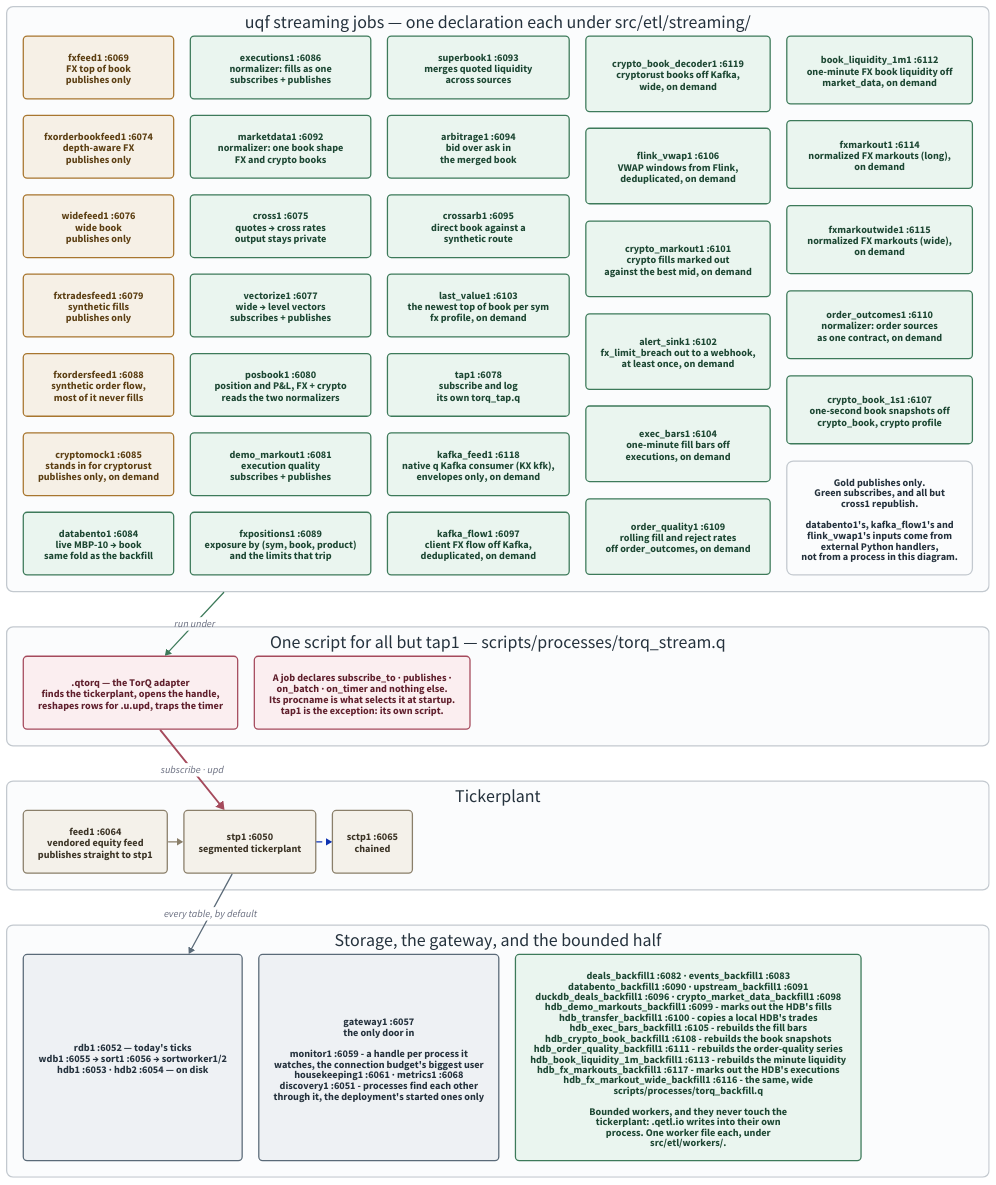
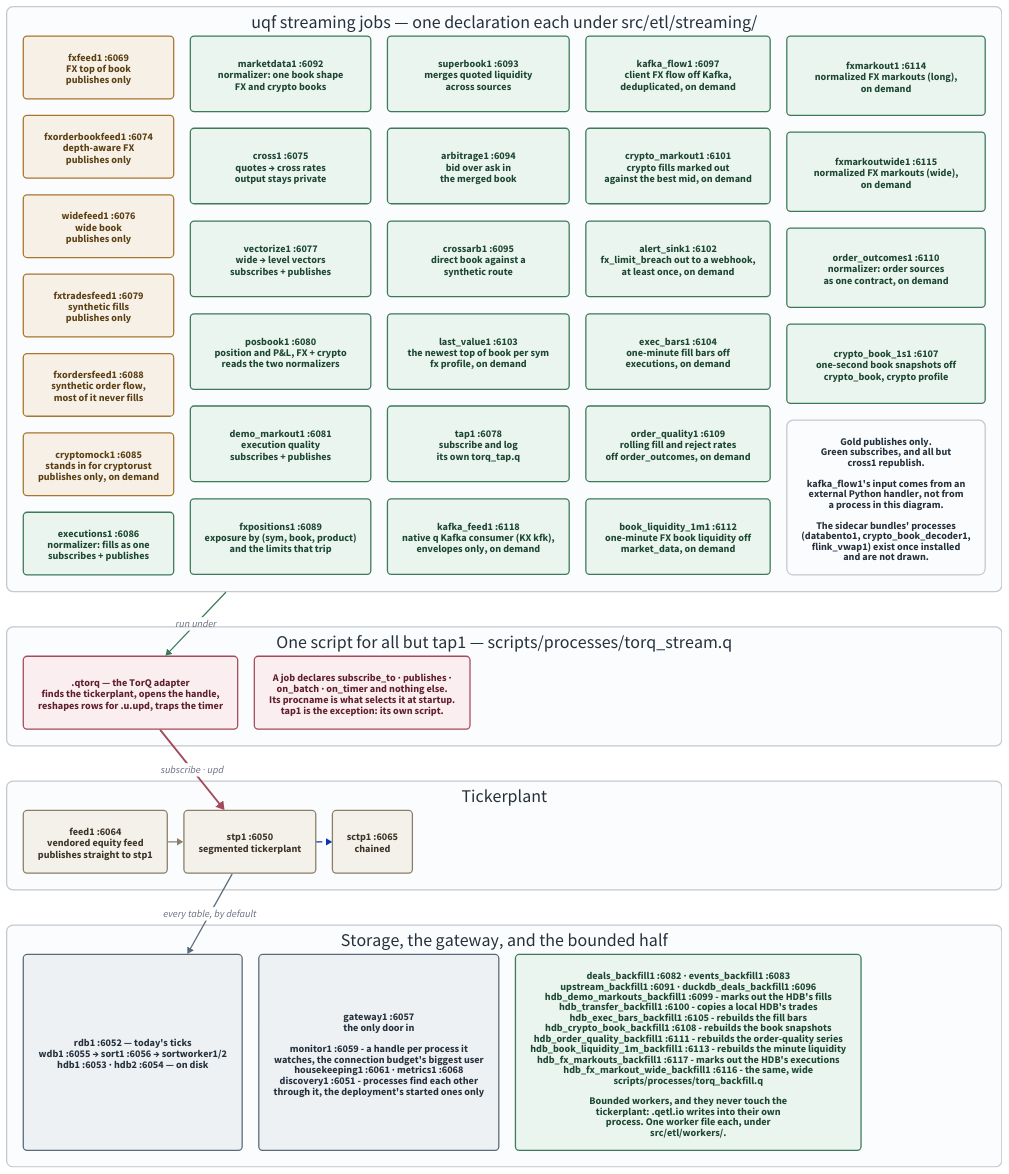
Before and after one commit to kwojdalski/uqf: the diagram in docs/diagrams/stack-topology.d2, drawn with D2. The commit also changed 89 other files, not shown here.

```diff
--- a/docs/diagrams/stack-topology.d2
+++ b/docs/diagrams/stack-topology.d2
@@ -1,181 +1,178 @@
 # stack-topology.d2 - who connects to whom over IPC in the running stack.
 #
 # Rendered by scripts/generate/render_diagrams.py, which CI runs with
 # --check. Embedded from docs/architecture/stack.md.
 #
 # Ports are the defaults at base 6050; every one is {KDBBASEPORT}+offset, so
 # a different base shifts them all together. The authority for the offsets
 # is docs/reference/processes.md, which is GENERATED from the
 # pipeline registry - if this diagram and that table disagree, the table is
 # right.
 # scripts/gates/check_diagram_ports.py fails the build when any `name :port`
 # label here disagrees with that authority (#1369).
 #
 # WHAT THIS SHOWS THAT THE MERMAID VERSION DID NOT (#245).
 #
 # Every uqf streaming process but tap1 runs the SAME script. Since #204 a
 # streaming job is a declaration under src/etl/streaming/ and
 # processes/torq_stream.q is the one runner; which job a process runs is
 # decided by its procname at startup. The old diagram drew a script per
 # process, which is what the stack looked like before .qetl.job.stream and is the
 # single most misleading thing about it.
 #
 # The two connection patterns are still real and still different - publish
 # only, versus an access-listed subscribe - but a job performs neither
 # itself now. .qtorq does both on its behalf, which is why the adapter is
 # drawn between the processes and the tickerplant rather than left out.
 #
 # Backfills are on here too, and were not before. They are the other half
 # of the ETL tree and they reach the tickerplant NOT AT ALL: a bounded
 # worker writes through .qetl.io into its own process, so its rows never
 # traverse stp1. Drawing them beside the streaming jobs is the point - the
 # two halves look alike in the code and take completely different paths to
 # storage.
 
 direction: down
 
 grid-rows: 4
 grid-gap: 55
 
 vars: {
   d2-config: {
     pad: 40
   }
 }
 
 # Same palette as repo-overview.d2, so the set reads as one system: light
 # fills with dark text in both themes rather than a --dark-theme pairing,
 # which d2 still applies explicit styles over (d2lang/d2#831).
 classes: {
   feed: {
     style: {
       fill: "#f6f0e6"
       stroke: "#a8762f"
       font-color: "#5c3f13"
       border-radius: 6
     }
   }
   job: {
     style: {
       fill: "#eaf5ef"
       stroke: "#3d7a5a"
       font-color: "#1d4733"
       border-radius: 6
     }
   }
   adapter: {
     style: {
       fill: "#fbeef0"
       stroke: "#a54a5c"
       font-color: "#5f1f2c"
       border-radius: 6
     }
   }
   store: {
     style: {
       fill: "#eef1f4"
       stroke: "#5a6a78"
       font-color: "#25323d"
       border-radius: 6
     }
   }
   vendored: {
     style: {
       fill: "#f4f1ea"
       stroke: "#8a7f6a"
       font-color: "#3d3527"
       border-radius: 6
     }
   }
   band: {
     style: {
       fill: "#fbfcfd"
       stroke: "#c3c9cf"
       font-color: "#25323d"
       stroke-width: 2
       border-radius: 10
     }
   }
 }
 
 jobs: "uqf streaming jobs — one declaration each under src/etl/streaming/" {
   class: band
   grid-columns: 5
   grid-gap: 26
 
   fxfeed1: "fxfeed1 :6069\nFX top of book\npublishes only" { class: feed }
   fxorderbookfeed1: "fxorderbookfeed1 :6074\ndepth-aware FX\npublishes only" { class: feed }
   widefeed1: "widefeed1 :6076\nwide book\npublishes only" { class: feed }
   fxtradesfeed1: "fxtradesfeed1 :6079\nsynthetic fills\npublishes only" { class: feed }
   fxordersfeed1: "fxordersfeed1 :6088\nsynthetic order flow,\nmost of it never fills" { class: feed }
 
   cryptomock1: "cryptomock1 :6085\nstands in for cryptorust\npublishes only, on demand" { class: feed }
-  databento1: "databento1 :6084\nlive MBP-10 → book\nsame fold as the backfill" { class: job }
   executions1: "executions1 :6086\nnormalizer: fills as one\nsubscribes + publishes" { class: job }
   marketdata1: "marketdata1 :6092\nnormalizer: one book shape\nFX and crypto books" { class: job }
 
   cross1: "cross1 :6075\nquotes → cross rates\noutput stays private" { class: job }
   vectorize1: "vectorize1 :6077\nwide → level vectors\nsubscribes + publishes" { class: job }
   posbook1: "posbook1 :6080\nposition and P&L, FX + crypto\nreads the two normalizers" { class: job }
   demo_markout1: "demo_markout1 :6081\nexecution quality\nsubscribes + publishes" { class: job }
   fxpositions1: "fxpositions1 :6089\nexposure by (sym, book, product)\nand the limits that trip" { class: job }
 
   superbook1: "superbook1 :6093\nmerges quoted liquidity\nacross sources" { class: job }
   arbitrage1: "arbitrage1 :6094\nbid over ask in\nthe merged book" { class: job }
   crossarb1: "crossarb1 :6095\ndirect book against a\nsynthetic route" { class: job }
   last_value1: "last_value1 :6103\nthe newest top of book per sym\nfx profile, on demand" { class: job }
   tap1: "tap1 :6078\nsubscribe and log\nits own torq_tap.q" { class: job }
   kafka_feed1: "kafka_feed1 :6118\nnative q Kafka consumer (KX kfk),\nenvelopes only, on demand" { class: job }
   kafka_flow1: "kafka_flow1 :6097\nclient FX flow off Kafka,\ndeduplicated, on demand" { class: job }
-  crypto_book_decoder1: "crypto_book_decoder1 :6119\ncryptorust books off Kafka,\nwide, on demand" { class: job }
-  flink_vwap1: "flink_vwap1 :6106\nVWAP windows from Flink,\ndeduplicated, on demand" { class: job }
   crypto_markout1: "crypto_markout1 :6101\ncrypto fills marked out\nagainst the best mid, on demand" { class: job }
   alert_sink1: "alert_sink1 :6102\nfx_limit_breach out to a webhook,\nat least once, on demand" { class: job }
   exec_bars1: "exec_bars1 :6104\none-minute fill bars off\nexecutions, on demand" { class: job }
   order_quality1: "order_quality1 :6109\nrolling fill and reject rates\noff order_outcomes, on demand" { class: job }
   book_liquidity_1m1: "book_liquidity_1m1 :6112\none-minute FX book liquidity off\nmarket_data, on demand" { class: job }
   fxmarkout1: "fxmarkout1 :6114\nnormalized FX markouts (long),\non demand" { class: job }
   fxmarkoutwide1: "fxmarkoutwide1 :6115\nnormalized FX markouts (wide),\non demand" { class: job }
   order_outcomes1: "order_outcomes1 :6110\nnormalizer: order sources\nas one contract, on demand" { class: job }
   crypto_book_1s1: "crypto_book_1s1 :6107\none-second book snapshots off\ncrypto_book, crypto profile" { class: job }
-  legend: "Gold publishes only.\nGreen subscribes, and all but\ncross1 republish.\n\ndatabento1's, kafka_flow1's and\nflink_vwap1's inputs come from\nexternal Python handlers,\nnot from a process in this diagram." { class: band }
+  legend: "Gold publishes only.\nGreen subscribes, and all but\ncross1 republish.\n\nkafka_flow1's input comes from an\nexternal Python handler, not from\na process in this diagram.\n\nThe sidecar bundles' processes\n(databento1, crypto_book_decoder1,\nflink_vwap1) exist once installed\nand are not drawn." { class: band }
 }
 
 runner: "One script for all but tap1 — scripts/processes/torq_stream.q" {
   class: band
   grid-columns: 2
   grid-gap: 26
 
   qtorq: ".qtorq — the TorQ adapter\nfinds the tickerplant, opens the handle,\nreshapes rows for .u.upd, traps the timer" { class: adapter }
   note: "A job declares subscribe_to · publishes ·\non_batch · on_timer and nothing else.\nIts procname is what selects it at startup.\ntap1 is the exception: its own script." { class: adapter }
 }
 
 tp: "Tickerplant" {
   class: band
   grid-columns: 3
   grid-gap: 26
 
   feed1: "feed1 :6064\nvendored equity feed\npublishes straight to stp1" { class: vendored }
   stp: "stp1 :6050\nsegmented tickerplant" { class: vendored }
   sctp: "sctp1 :6065\nchained" { class: vendored }
 
   feed1 -> stp { style.stroke: "#8a7f6a" }
   stp -> sctp { style.stroke-dash: 4 }
 }
 
 downstream: "Storage, the gateway, and the bounded half" {
   class: band
   grid-columns: 3
   grid-gap: 26
 
   storage: "rdb1 :6052 — today's ticks\nwdb1 :6055 → sort1 :6056 → sortworker1/2\nhdb1 :6053 · hdb2 :6054 — on disk" { class: store }
   gw: "gateway1 :6057\nthe only door in\n\nmonitor1 :6059 - a handle per process it\nwatches, the connection budget's biggest user\nhousekeeping1 :6061 · metrics1 :6068\ndiscovery1 :6051 - processes find each other\nthrough it, the deployment's started ones only" { class: store }
-  backfills: "deals_backfill1 :6082 · events_backfill1 :6083\ndatabento_backfill1 :6090 · upstream_backfill1 :6091\nduckdb_deals_backfill1 :6096 · crypto_market_data_backfill1 :6098\nhdb_demo_markouts_backfill1 :6099 - marks out the HDB's fills\nhdb_transfer_backfill1 :6100 - copies a local HDB's trades\nhdb_exec_bars_backfill1 :6105 - rebuilds the fill bars\nhdb_crypto_book_backfill1 :6108 - rebuilds the book snapshots\nhdb_order_quality_backfill1 :6111 - rebuilds the order-quality series\nhdb_book_liquidity_1m_backfill1 :6113 - rebuilds the minute liquidity\nhdb_fx_markouts_backfill1 :6117 - marks out the HDB's executions\nhdb_fx_markout_wide_backfill1 :6116 - the same, wide\nscripts/processes/torq_backfill.q\n\nBounded workers, and they never touch the\ntickerplant: .qetl.io writes into their own\nprocess. One worker file each, under\nsrc/etl/workers/." { class: job }
+  backfills: "deals_backfill1 :6082 · events_backfill1 :6083\nupstream_backfill1 :6091 · duckdb_deals_backfill1 :6096\nhdb_demo_markouts_backfill1 :6099 - marks out the HDB's fills\nhdb_transfer_backfill1 :6100 - copies a local HDB's trades\nhdb_exec_bars_backfill1 :6105 - rebuilds the fill bars\nhdb_crypto_book_backfill1 :6108 - rebuilds the book snapshots\nhdb_order_quality_backfill1 :6111 - rebuilds the order-quality series\nhdb_book_liquidity_1m_backfill1 :6113 - rebuilds the minute liquidity\nhdb_fx_markouts_backfill1 :6117 - marks out the HDB's executions\nhdb_fx_markout_wide_backfill1 :6116 - the same, wide\nscripts/processes/torq_backfill.q\n\nBounded workers, and they never touch the\ntickerplant: .qetl.io writes into their own\nprocess. One worker file each, under\nsrc/etl/workers/." { class: job }
 }
 
 jobs -> runner.qtorq: "run under" { style.stroke: "#3d7a5a" }
 runner.qtorq -> tp.stp: "subscribe · upd" {
   style.stroke: "#a54a5c"
   style.stroke-width: 3
 }
 tp.stp -> downstream.storage: "every table, by default" { style.stroke: "#5a6a78" }
```
